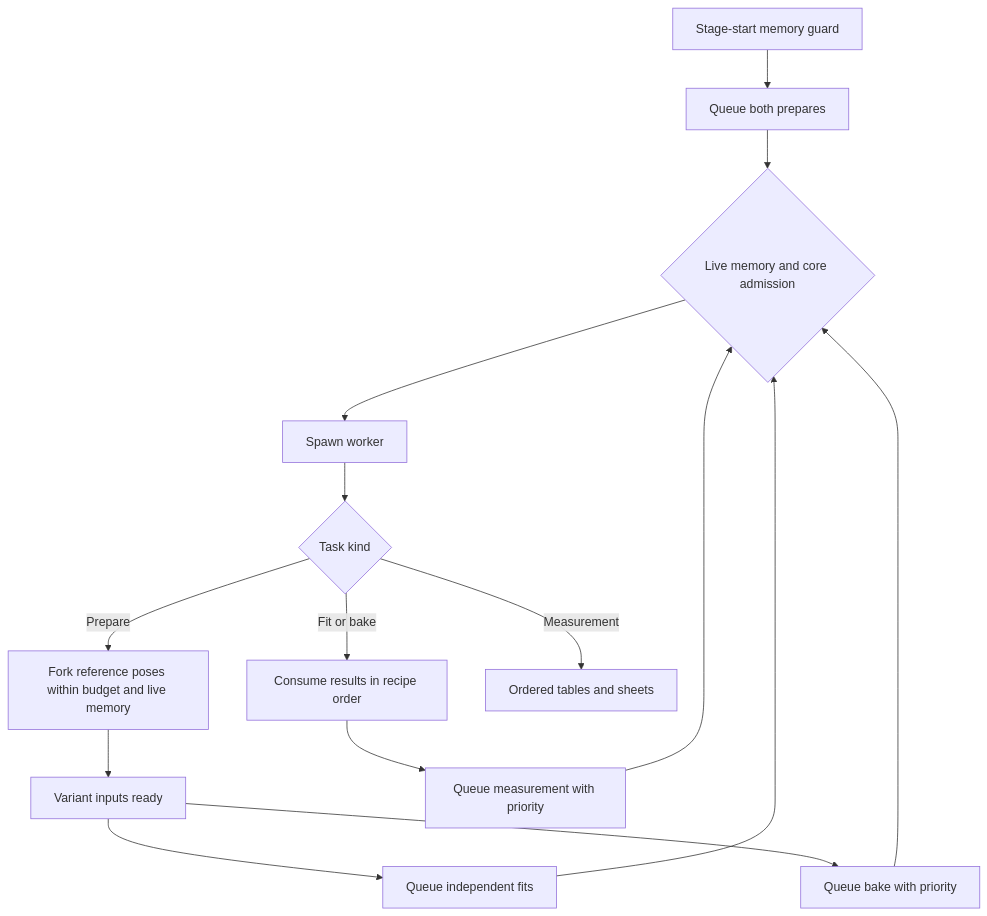
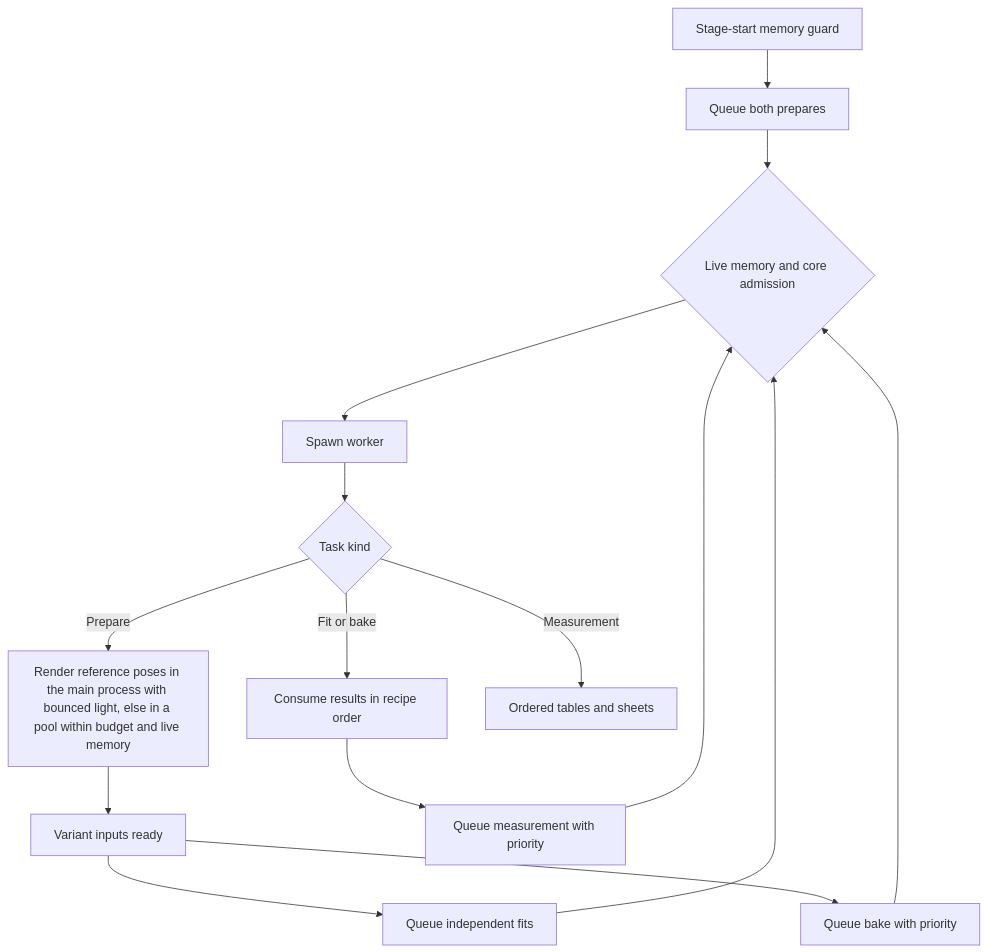
One commit to jose-villegas/autana changed the first of 2 diagrams in docs/tools/Render-Harness.md. Above: the diagram before and after it, drawn with Mermaid. The commit also changed other lines of this file and 3 other files, not shown here.

Commit message:
docs: prepare renders in the main process with bounced light; log the parent size

````diff
--- a/docs/tools/Render-Harness.md
+++ b/docs/tools/Render-Harness.md
@@ -96,17 +97,17 @@
 ```mermaid
 flowchart TD
     Start[Stage-start memory guard] --> Queue[Queue both prepares]
     Queue --> Admission{Live memory and core admission}
     Admission --> Worker[Spawn worker]
     Worker --> Kind{Task kind}
-    Kind -->|Prepare| Poses[Fork reference poses within budget and live memory]
+    Kind -->|Prepare| Poses[Render reference poses in the main process with bounced light, else in a pool within budget and live memory]
     Poses --> Ready[Variant inputs ready]
     Ready --> Fits[Queue independent fits]
     Fits --> Admission
     Ready --> Bake[Queue bake with priority]
     Bake --> Admission
     Kind -->|Fit or bake| Ordered[Consume results in recipe order]
     Ordered --> Measure[Queue measurement with priority]
     Measure --> Admission
     Kind -->|Measurement| Outputs[Ordered tables and sheets]
 ```
````
